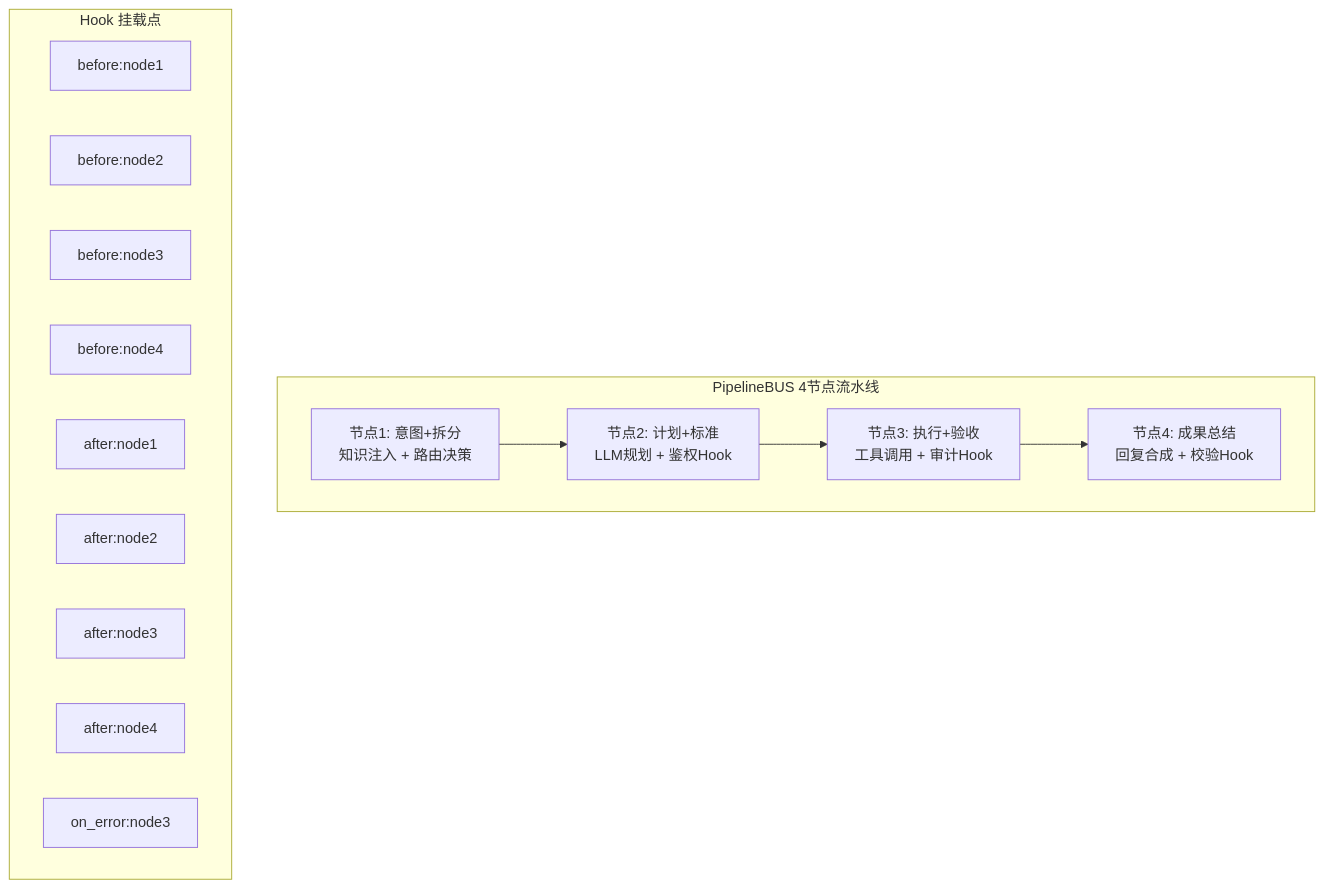
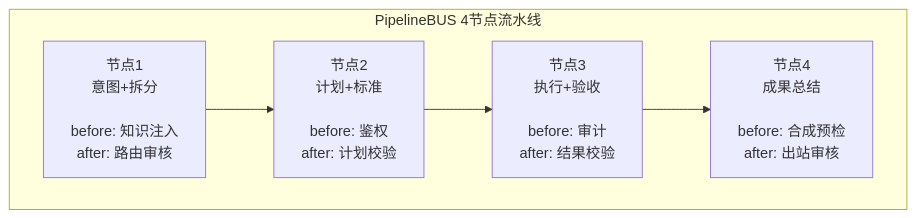
One commit to Ellyshome/Emily changed the fourth of 32 diagrams in 需求/Emily系统技术白皮书.md. Above: the diagram before and after it, drawn with Mermaid. The commit also changed other lines of this file and 1 other file, not shown here.

````diff
--- a/需求/Emily系统技术白皮书.md
+++ b/需求/Emily系统技术白皮书.md
@@ -297,23 +207,7 @@
 ```mermaid
 graph TD
     subgraph Pipeline["PipelineBUS 4节点流水线"]
-        N1[节点1: 意图+拆分<br/>知识注入 + 路由决策]
-        N2[节点2: 计划+标准<br/>LLM规划 + 鉴权Hook]
-        N3[节点3: 执行+验收<br/>工具调用 + 审计Hook]
-        N4[节点4: 成果总结<br/>回复合成 + 校验Hook]
-    end
-
-    N1 --> N2 --> N3 --> N4
-
-    subgraph Hooks["Hook 挂载点"]
-        B1[before:node1]
-        B2[before:node2]
-        B3[before:node3]
-        B4[before:node4]
-        A1[after:node1]
-        A2[after:node2]
-        A3[after:node3]
-        A4[after:node4]
-        E3[on_error:node3]
+        direction LR
+        N1[节点1<br/>意图+拆分<br/><br/>before: 知识注入<br/>after: 路由审核] --> N2[节点2<br/>计划+标准<br/><br/>before: 鉴权<br/>after: 计划校验] --> N3[节点3<br/>执行+验收<br/><br/>before: 审计<br/>after: 结果校验] --> N4[节点4<br/>成果总结<br/><br/>before: 合成预检<br/>after: 出站审核]
     end
 ```
````
